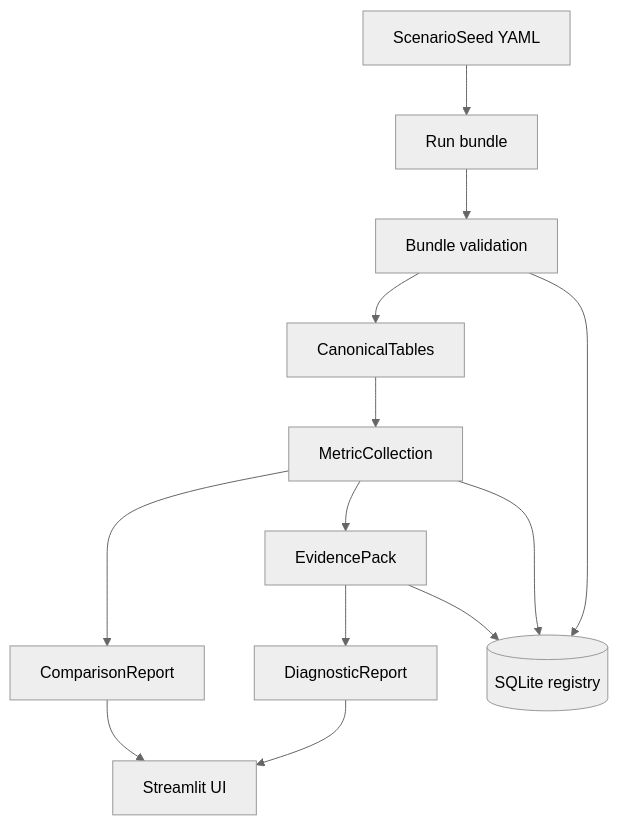
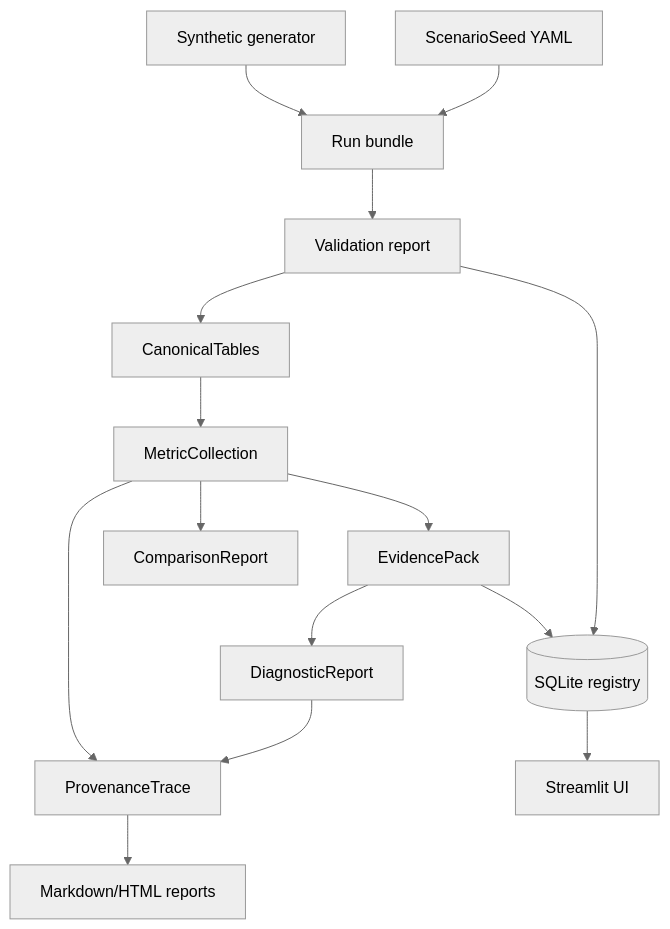
The diagram in README.md (Abdulla4akash/traffictwin), drawn with Mermaid (neutral theme) before and after one commit. The commit also changed other lines of this file and 67 other files, not shown here.

````diff
--- a/README.md
+++ b/README.md
@@ -41,15 +139,17 @@
 ```mermaid
 flowchart TD
     Seed[ScenarioSeed YAML] --> Bundle[Run bundle]
-    Bundle --> Validate[Bundle validation]
+    Synthetic[Synthetic generator] --> Bundle
+    Bundle --> Validate[Validation report]
     Validate --> Canonical[CanonicalTables]
     Canonical --> Metrics[MetricCollection]
     Metrics --> Evidence[EvidencePack]
     Evidence --> Rules[DiagnosticReport]
     Metrics --> Compare[ComparisonReport]
+    Rules --> Provenance[ProvenanceTrace]
+    Metrics --> Provenance
     Validate --> Registry[(SQLite registry)]
-    Metrics --> Registry
     Evidence --> Registry
-    Rules --> UI[Streamlit UI]
-    Compare --> UI
+    Provenance --> Reports[Markdown/HTML reports]
+    Registry --> UI[Streamlit UI]
 ```
````
